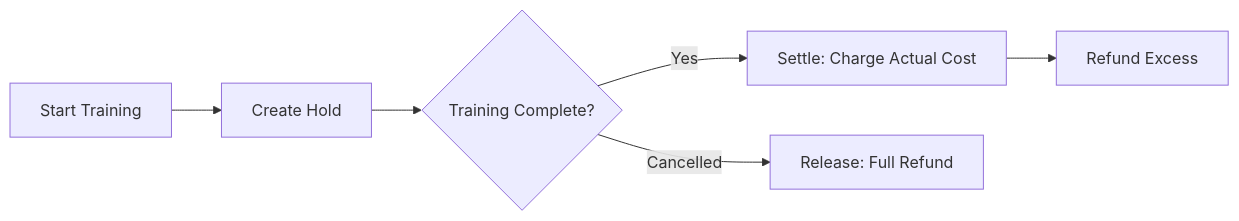
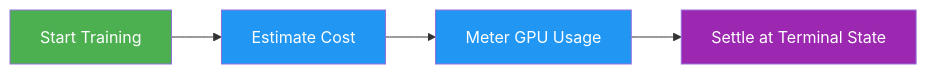
One commit to Dadalia1917/Yolo-RT-DETR-TrainCode changed the diagram in ultralytics/docs/en/platform/account/billing.md. Above: the diagram before and after it, drawn with Mermaid. The commit also changed other lines of this file and 1003 other files, not shown here.

````diff
--- a/ultralytics/docs/en/platform/account/billing.md
+++ b/ultralytics/docs/en/platform/account/billing.md
@@ -137,8 +181,10 @@
 ```mermaid
 flowchart LR
-    A[Start Training] --> B[Create Hold]
-    B --> C{Training Complete?}
-    C -->|Yes| D[Settle: Charge Actual Cost]
-    C -->|Cancelled| E[Release: Full Refund]
-    D --> F[Refund Excess]
+    A[Start Training]:::start --> B[Estimate Cost]:::proc
+    B --> C[Meter GPU Usage]:::proc
+    C --> D[Settle at Terminal State]:::out
+
+    classDef start fill:#4CAF50,color:#fff
+    classDef proc fill:#2196F3,color:#fff
+    classDef out fill:#9C27B0,color:#fff
 ```
````
